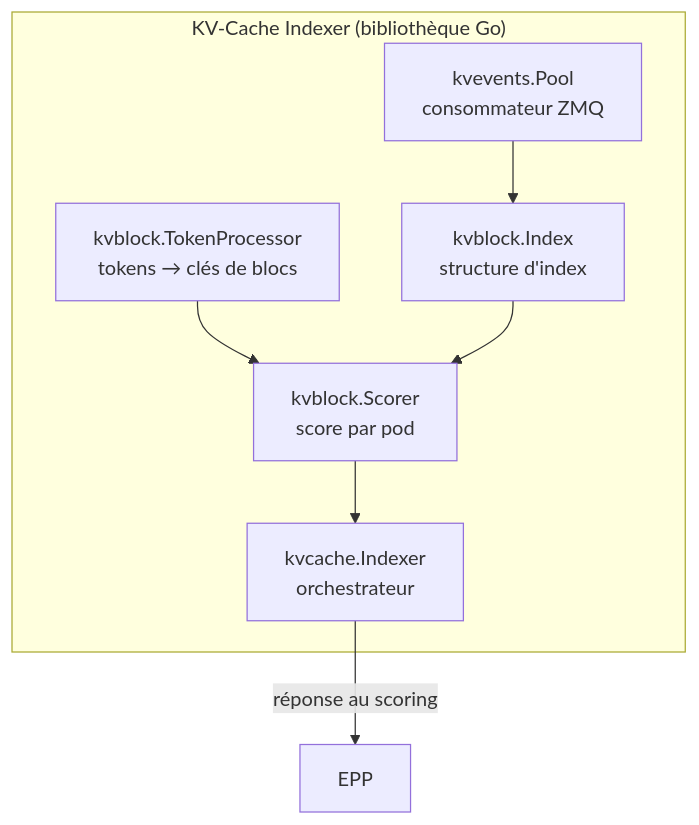
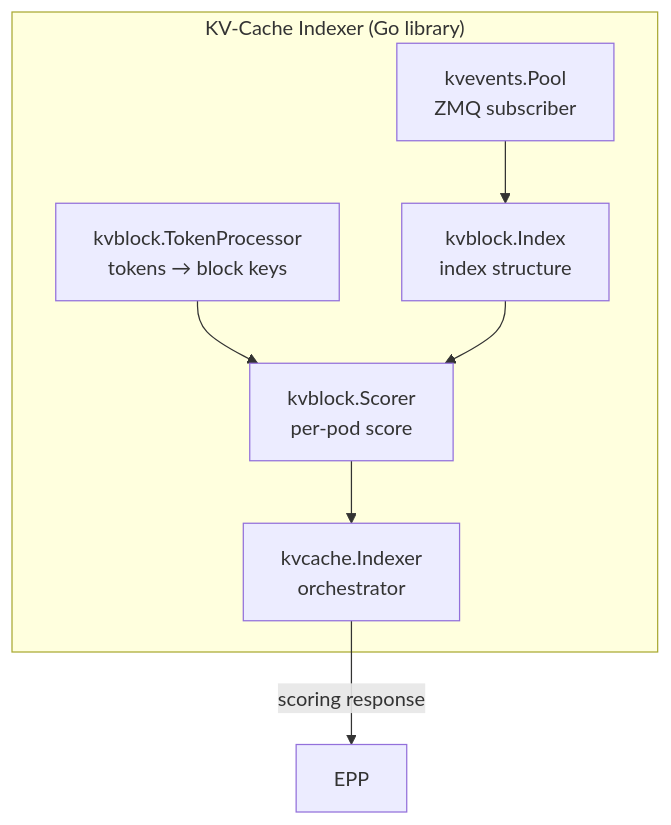
The seventh of 26 diagrams in docs/explain/llm-d.md (ADORSYS-GIS/Custom-Ai-Ops), drawn with Mermaid before and after one commit. The commit also changed other lines of this file, not shown here.

````diff
--- a/docs/explain/llm-d.md
+++ b/docs/explain/llm-d.md
@@ -292,15 +292,15 @@
 ```mermaid
 flowchart TB
-    subgraph Indexer["KV-Cache Indexer (bibliothèque Go)"]
-        TP[kvblock.TokenProcessor<br/>tokens → clés de blocs]
-        POOL[kvevents.Pool<br/>consommateur ZMQ]
-        IDX[kvblock.Index<br/>structure d'index]
-        SC[kvblock.Scorer<br/>score par pod]
-        ORCH[kvcache.Indexer<br/>orchestrateur]
+    subgraph Indexer["KV-Cache Indexer (Go library)"]
+        TP[kvblock.TokenProcessor<br/>tokens → block keys]
+        POOL[kvevents.Pool<br/>ZMQ subscriber]
+        IDX[kvblock.Index<br/>index structure]
+        SC[kvblock.Scorer<br/>per-pod score]
+        ORCH[kvcache.Indexer<br/>orchestrator]
     end
     POOL --> IDX
     TP --> SC
     IDX --> SC
     SC --> ORCH
-    ORCH -->|réponse au scoring| EPP[EPP]
+    ORCH -->|scoring response| EPP[EPP]
 ```
````
